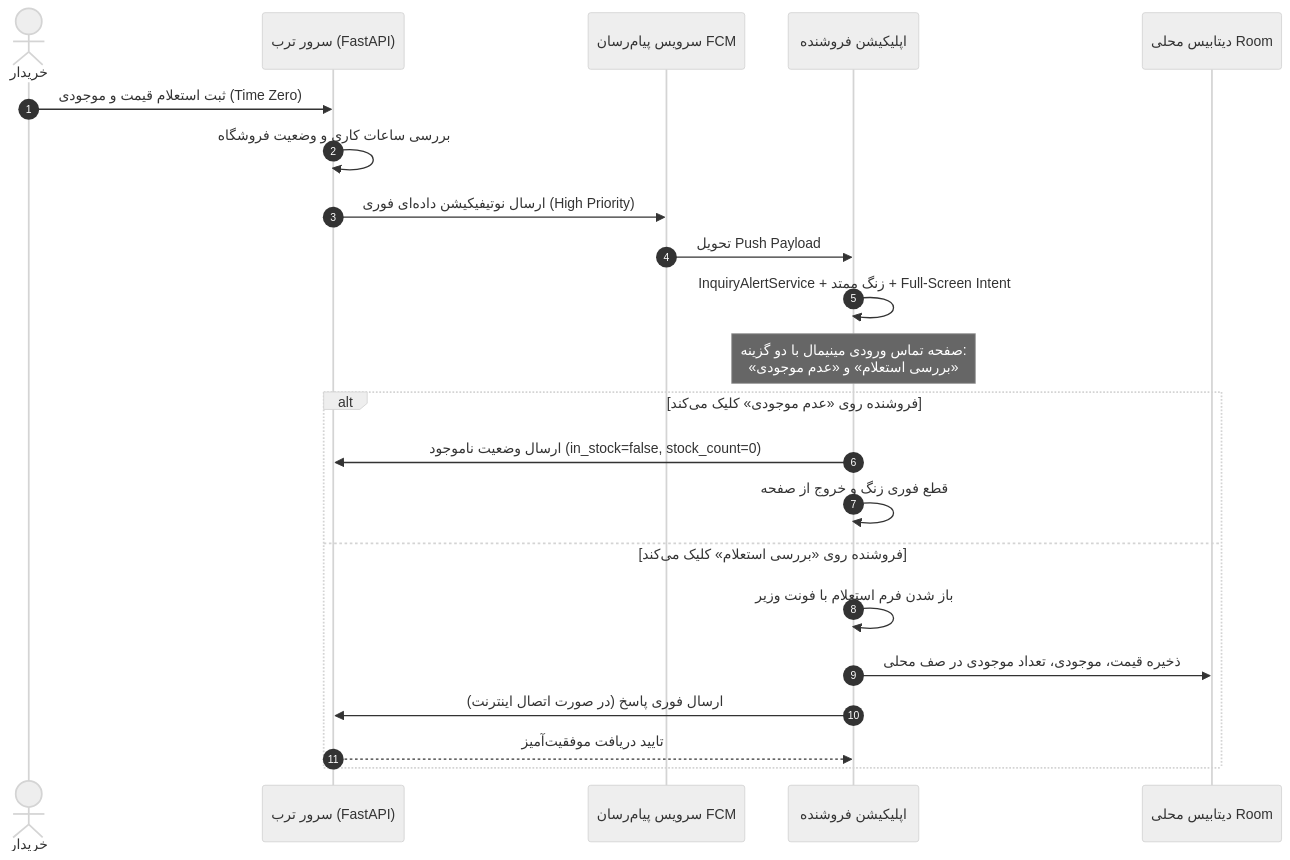
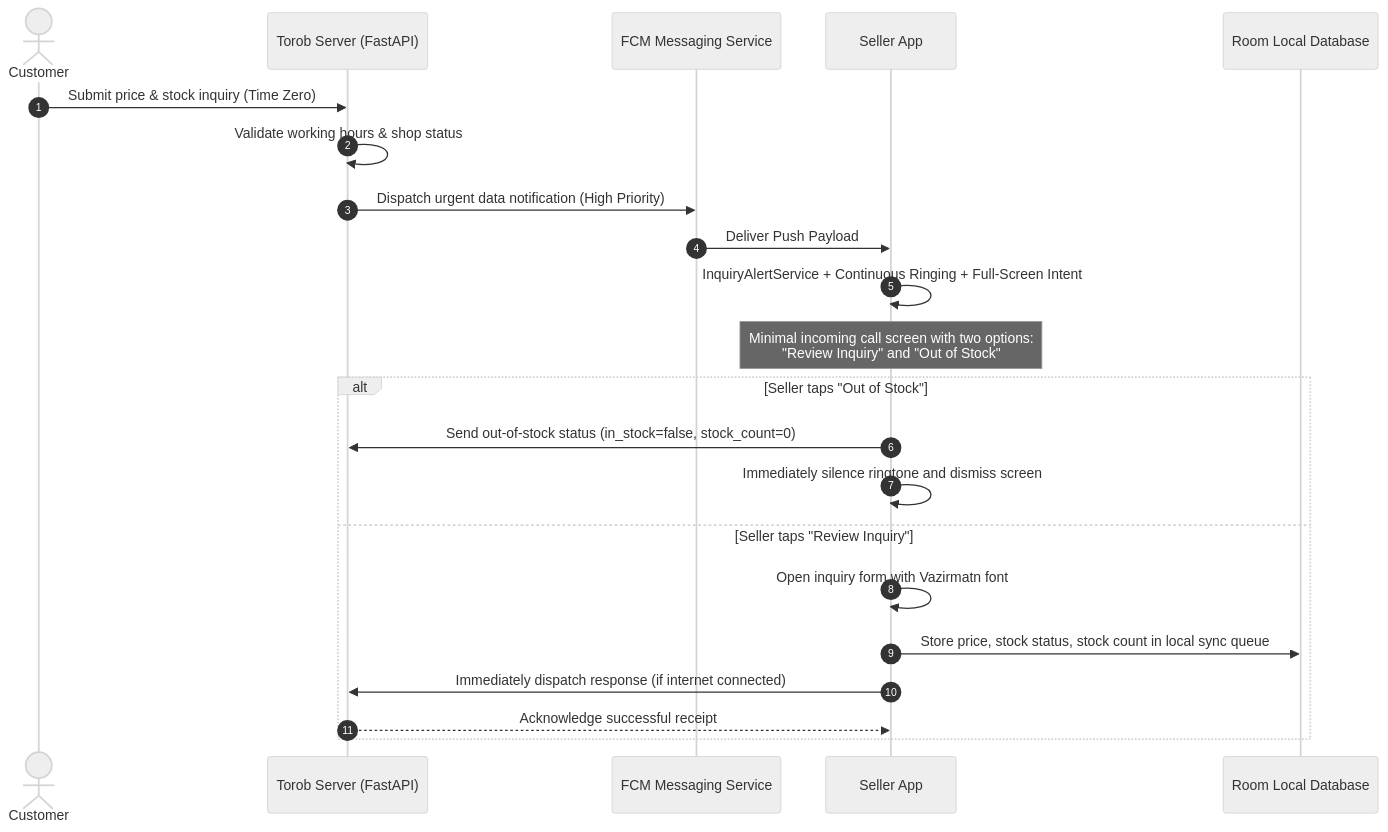
The diagram in API_DOCUMENTATION.md (AliFazelniya/torob_merchant_app), drawn with Mermaid (neutral theme) before and after one commit. The commit also changed other lines of this file, not shown here.

Commit message:
Translate API documentation from Persian to English and update content for clarity and consistency

````diff
--- a/API_DOCUMENTATION.md
+++ b/API_DOCUMENTATION.md
@@ -15,25 +15,25 @@
 ```mermaid
 sequenceDiagram
     autonumber
-    actor Customer as خریدار
-    participant Backend as سرور ترب (FastAPI)
-    participant FCM as سرویس پیام‌رسان FCM
-    participant Android as اپلیکیشن فروشنده
-    participant Room as دیتابیس محلی Room
+    actor Customer as Customer
+    participant Backend as Torob Server (FastAPI)
+    participant FCM as FCM Messaging Service
+    participant Android as Seller App
+    participant Room as Room Local Database
 
-    Customer->>Backend: ثبت استعلام قیمت و موجودی (Time Zero)
-    Backend->>Backend: بررسی ساعات کاری و وضعیت فروشگاه
-    Backend->>FCM: ارسال نوتیفیکیشن داده‌ای فوری (High Priority)
-    FCM->>Android: تحویل Push Payload
-    Android->>Android: InquiryAlertService + زنگ ممتد + Full-Screen Intent
-    Note over Android: صفحه تماس ورودی مینیمال با دو گزینه:<br/>«بررسی استعلام» و «عدم موجودی»
-    alt فروشنده روی «عدم موجودی» کلیک می‌کند
-        Android->>Backend: ارسال وضعیت ناموجود (in_stock=false, stock_count=0)
-        Android->>Android: قطع فوری زنگ و خروج از صفحه
-    else فروشنده روی «بررسی استعلام» کلیک می‌کند
-        Android->>Android: باز شدن فرم استعلام با فونت وزیر
-        Android->>Room: ذخیره قیمت، موجودی، تعداد موجودی در صف محلی
-        Android->>Backend: ارسال فوری پاسخ (در صورت اتصال اینترنت)
-        Backend-->>Android: تایید دریافت موفقیت‌آمیز
+    Customer->>Backend: Submit price & stock inquiry (Time Zero)
+    Backend->>Backend: Validate working hours & shop status
+    Backend->>FCM: Dispatch urgent data notification (High Priority)
+    FCM->>Android: Deliver Push Payload
+    Android->>Android: InquiryAlertService + Continuous Ringing + Full-Screen Intent
+    Note over Android: Minimal incoming call screen with two options:<br/>"Review Inquiry" and "Out of Stock"
+    alt Seller taps "Out of Stock"
+        Android->>Backend: Send out-of-stock status (in_stock=false, stock_count=0)
+        Android->>Android: Immediately silence ringtone and dismiss screen
+    else Seller taps "Review Inquiry"
+        Android->>Android: Open inquiry form with Vazirmatn font
+        Android->>Room: Store price, stock status, stock count in local sync queue
+        Android->>Backend: Immediately dispatch response (if internet connected)
+        Backend-->>Android: Acknowledge successful receipt
     end
 ```
````
